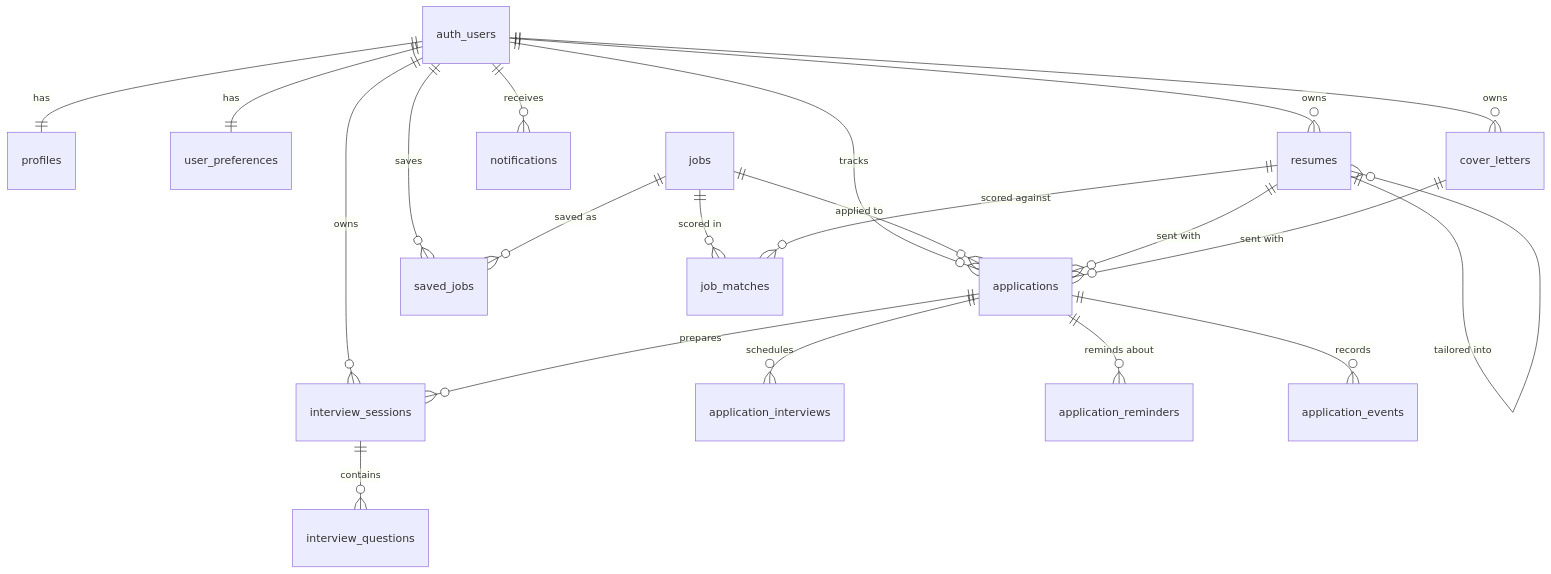
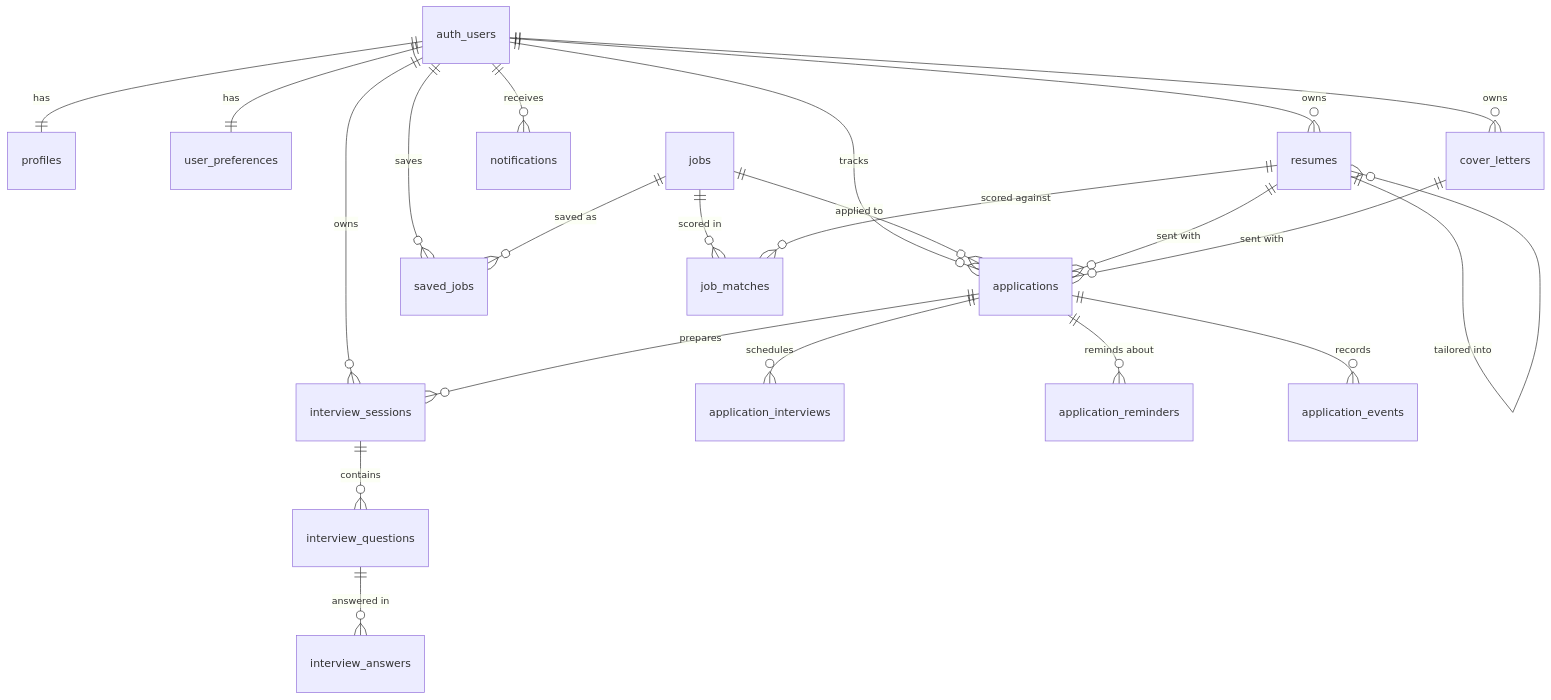
Before and after one commit to kgiannopoulou/JOB-HOUNT-RUN-BY-CLAUDE-CODE: the diagram in docs/03-database-design.md, drawn with Mermaid. The commit also changed other lines of this file and 70 other files, not shown here.

````diff
--- a/docs/03-database-design.md
+++ b/docs/03-database-design.md
@@ -16,23 +18,24 @@
 ```mermaid
 erDiagram
     auth_users ||--|| profiles : has
     auth_users ||--|| user_preferences : has
     auth_users ||--o{ resumes : owns
     auth_users ||--o{ applications : tracks
     auth_users ||--o{ cover_letters : owns
     auth_users ||--o{ interview_sessions : owns
     auth_users ||--o{ notifications : receives
     auth_users ||--o{ saved_jobs : saves
     jobs ||--o{ saved_jobs : "saved as"
     jobs ||--o{ job_matches : "scored in"
     resumes ||--o{ job_matches : "scored against"
     resumes ||--o{ resumes : "tailored into"
     jobs ||--o{ applications : "applied to"
     resumes ||--o{ applications : "sent with"
     cover_letters ||--o{ applications : "sent with"
     applications ||--o{ interview_sessions : prepares
     applications ||--o{ application_interviews : schedules
     applications ||--o{ application_reminders : "reminds about"
     applications ||--o{ application_events : records
     interview_sessions ||--o{ interview_questions : contains
+    interview_questions ||--o{ interview_answers : "answered in"
 ```
````
